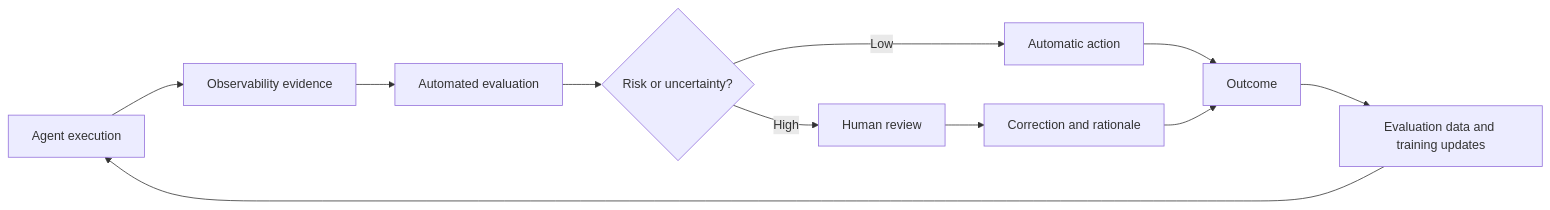
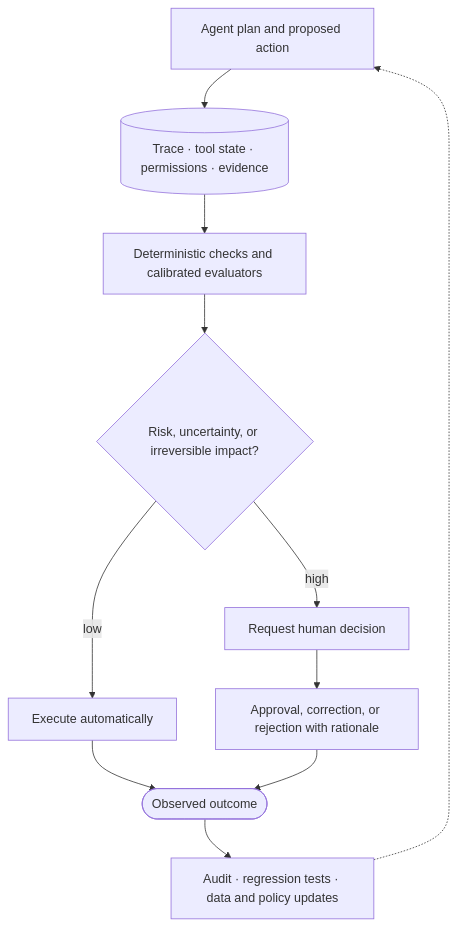
One commit to tianyi-zhang-02/cooking-agi changed the second of 2 diagrams in systems/README.en.md. Above: the diagram before and after it, drawn with Mermaid. The commit also changed other lines of this file and 18 other files, not shown here.

Commit message:
redesign the guide diagrams

````diff
--- a/systems/README.en.md
+++ b/systems/README.en.md
@@ -103,13 +113,13 @@
 ```mermaid
-flowchart LR
-    A[Agent execution] --> B[Observability evidence]
-    B --> C[Automated evaluation]
-    C --> D{Risk or uncertainty?}
-    D -->|Low| E[Automatic action]
-    D -->|High| F[Human review]
-    F --> G[Correction and rationale]
-    E --> H[Outcome]
+flowchart TB
+    A["Agent plan and proposed action"] --> B[("Trace · tool state · permissions · evidence")]
+    B --> C["Deterministic checks and calibrated evaluators"]
+    C --> D{"Risk, uncertainty, or irreversible impact?"}
+    D -- "low" --> E["Execute automatically"]
+    D -- "high" --> F["Request human decision"]
+    F --> G["Approval, correction, or rejection with rationale"]
+    E --> H(["Observed outcome"])
     G --> H
-    H --> I[Evaluation data and training updates]
-    I --> A
+    H --> I["Audit · regression tests · data and policy updates"]
+    I -.-> A
 ```
````
